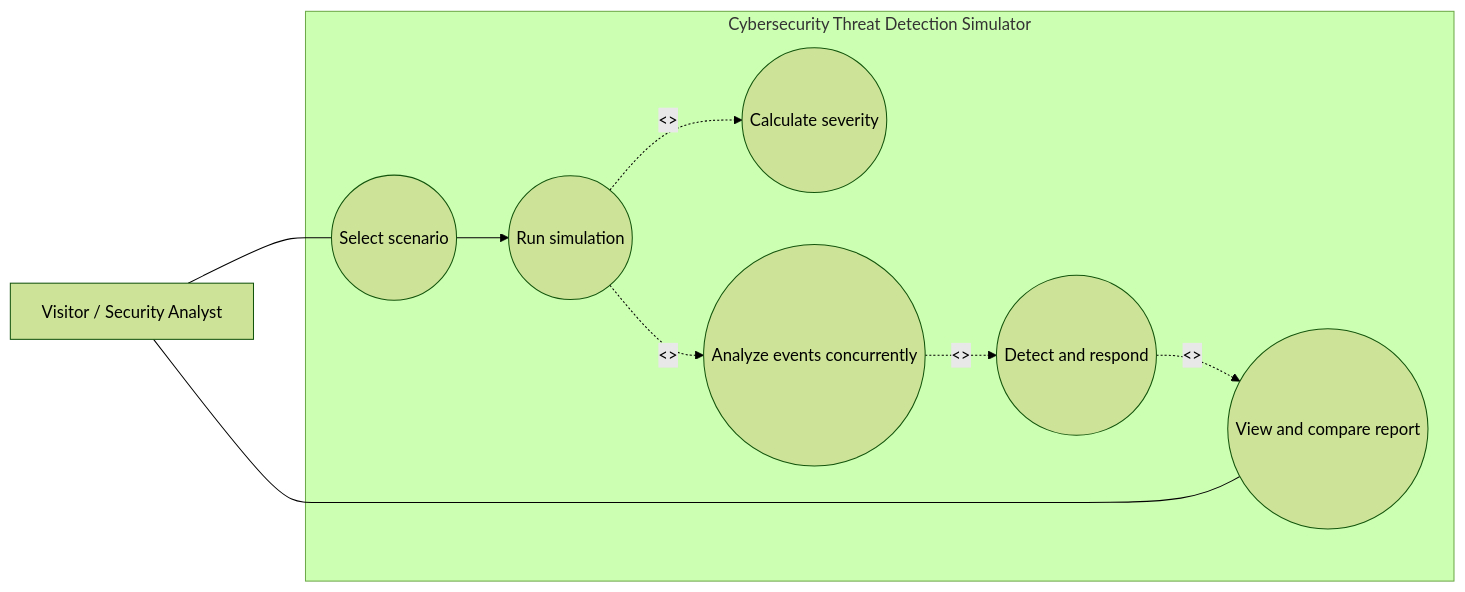
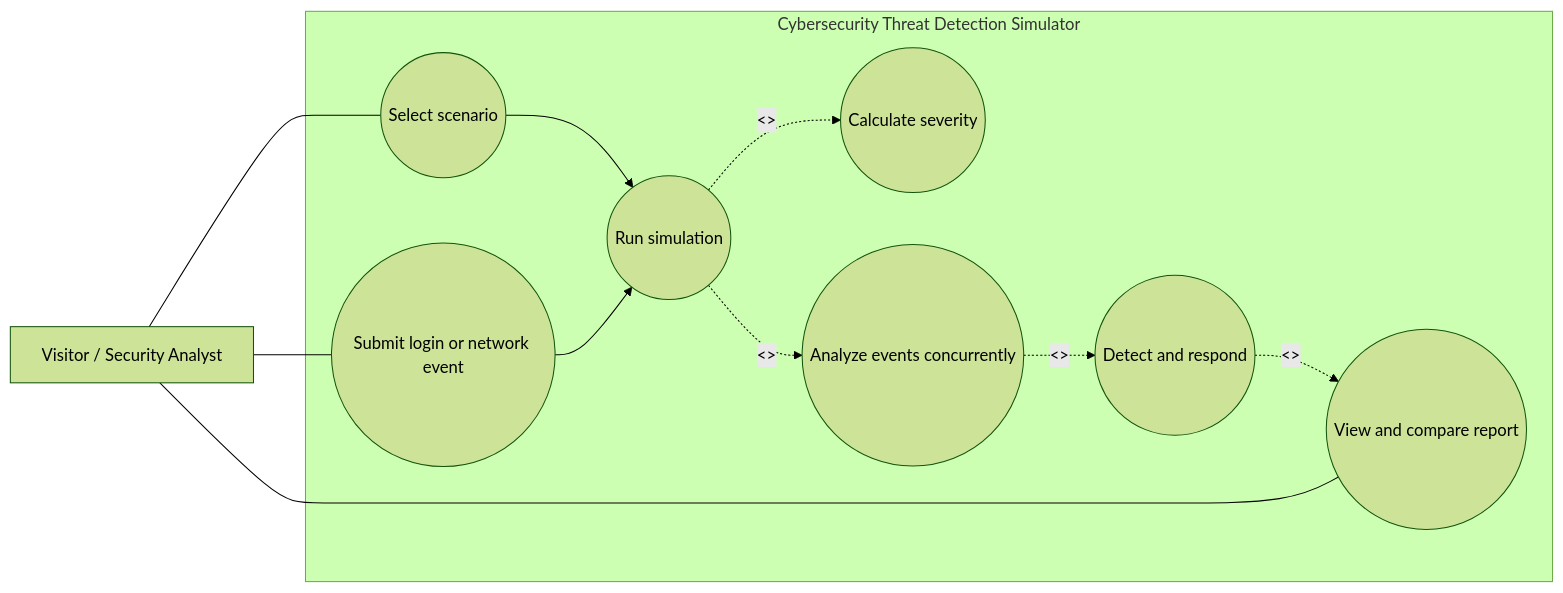
Before and after one commit to jaitak2121-spec/CybersecurityThreatdetector: the diagram in usercasediagram.mmd, drawn with Mermaid (forest theme). The commit also changed 8 other files, not shown here.

```diff
--- a/usercasediagram.mmd
+++ b/usercasediagram.mmd
@@ -1,20 +1,23 @@
 flowchart LR
     USER["Visitor / Security Analyst"]
 
     subgraph SYSTEM["Cybersecurity Threat Detection Simulator"]
         SELECT(("Select scenario"))
+        SUBMIT(("Submit login or network event"))
         RUN(("Run simulation"))
         SCORE(("Calculate severity"))
         ANALYZE(("Analyze events concurrently"))
         RESPOND(("Detect and respond"))
         VIEW(("View and compare report"))
 
         SELECT --> RUN
+        SUBMIT --> RUN
         RUN -. "<<include>>" .-> SCORE
         RUN -. "<<include>>" .-> ANALYZE
         ANALYZE -. "<<include>>" .-> RESPOND
         RESPOND -. "<<include>>" .-> VIEW
     end
 
     USER --- SELECT
+    USER --- SUBMIT
     USER --- VIEW
```
